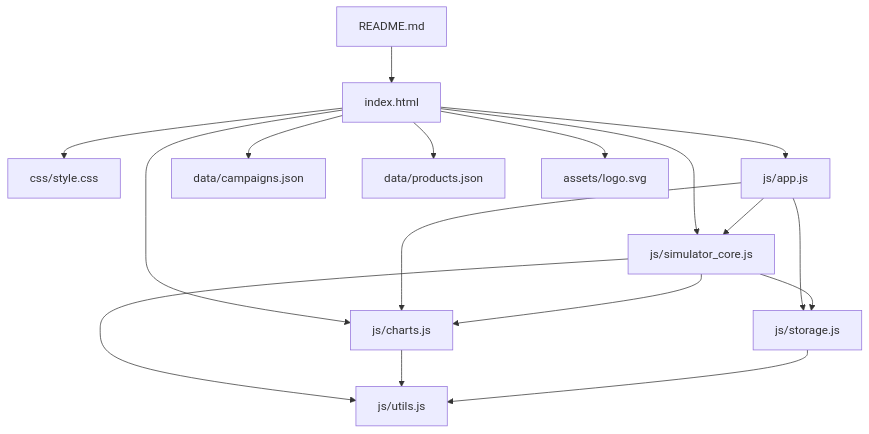
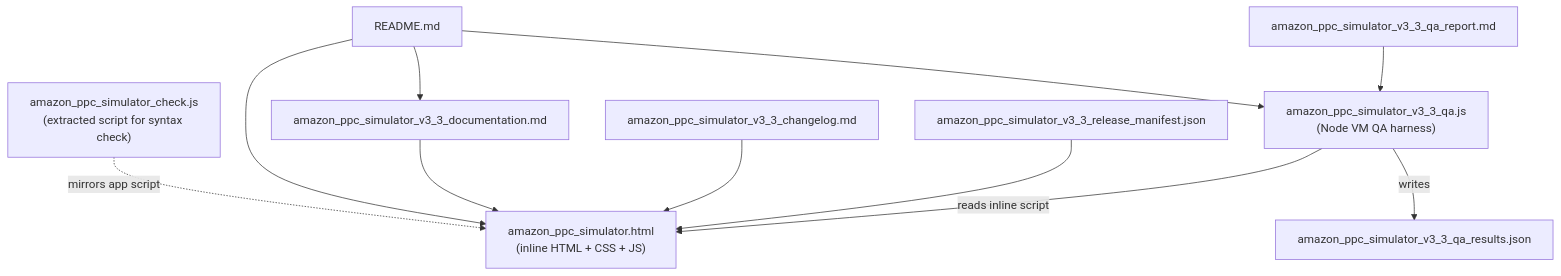
Before and after one commit to projectamazonph/Amazon-ad-console: the diagram in codegraphs/Amazon-ad-console.md, drawn with Mermaid. The commit also changed other lines of this file and 1 other file, not shown here.

Commit message:
docs: reconcile README and codegraph with the actual static app
The README described an aspirational Next.js 15 + shadcn + Prisma + Vercel
stack with 'npm install'/'npm run dev', and the codegraph referenced a
multi-file js/, css/, data/ structure. Neither exists: the repo is a single
offline HTML training simulator (amazon_ppc_simulator.html) with docs and a
Node QA harness. Rewrite the README to describe how to open and run the
actual app, its real features (incl. v3.3 guided drills), the true repo
layout, and the documented QA commands. Update the codegraph to match.

````diff
--- a/codegraphs/Amazon-ad-console.md
+++ b/codegraphs/Amazon-ad-console.md
@@ -2,30 +7,23 @@
 ```mermaid
 graph TD
-    N0["README.md"]
-    N1["index.html"]
-    N2["css/style.css"]
-    N3["js/app.js"]
-    N4["js/simulator_core.js"]
-    N5["js/charts.js"]
-    N6["js/storage.js"]
-    N7["js/utils.js"]
-    N8["data/campaigns.json"]
-    N9["data/products.json"]
-    N10["assets/logo.svg"]
-    N0 --> N1
-    N1 --> N2
-    N1 --> N3
-    N1 --> N4
-    N1 --> N5
-    N1 --> N8
-    N1 --> N9
-    N3 --> N4
-    N3 --> N5
-    N3 --> N6
-    N4 --> N5
-    N4 --> N6
-    N4 --> N7
-    N5 --> N7
-    N6 --> N7
-    N1 --> N10
+    APP["amazon_ppc_simulator.html<br/>(inline HTML + CSS + JS)"]
+    CHECK["amazon_ppc_simulator_check.js<br/>(extracted script for syntax check)"]
+    QA["amazon_ppc_simulator_v3_3_qa.js<br/>(Node VM QA harness)"]
+    RESULTS["amazon_ppc_simulator_v3_3_qa_results.json"]
+    DOC["amazon_ppc_simulator_v3_3_documentation.md"]
+    CHANGELOG["amazon_ppc_simulator_v3_3_changelog.md"]
+    REPORT["amazon_ppc_simulator_v3_3_qa_report.md"]
+    MANIFEST["amazon_ppc_simulator_v3_3_release_manifest.json"]
+    README["README.md"]
+
+    QA -->|reads inline script| APP
+    QA -->|writes| RESULTS
+    CHECK -.->|mirrors app script| APP
+    README --> APP
+    README --> DOC
+    README --> QA
+    DOC --> APP
+    CHANGELOG --> APP
+    REPORT --> QA
+    MANIFEST --> APP
 ```
````
